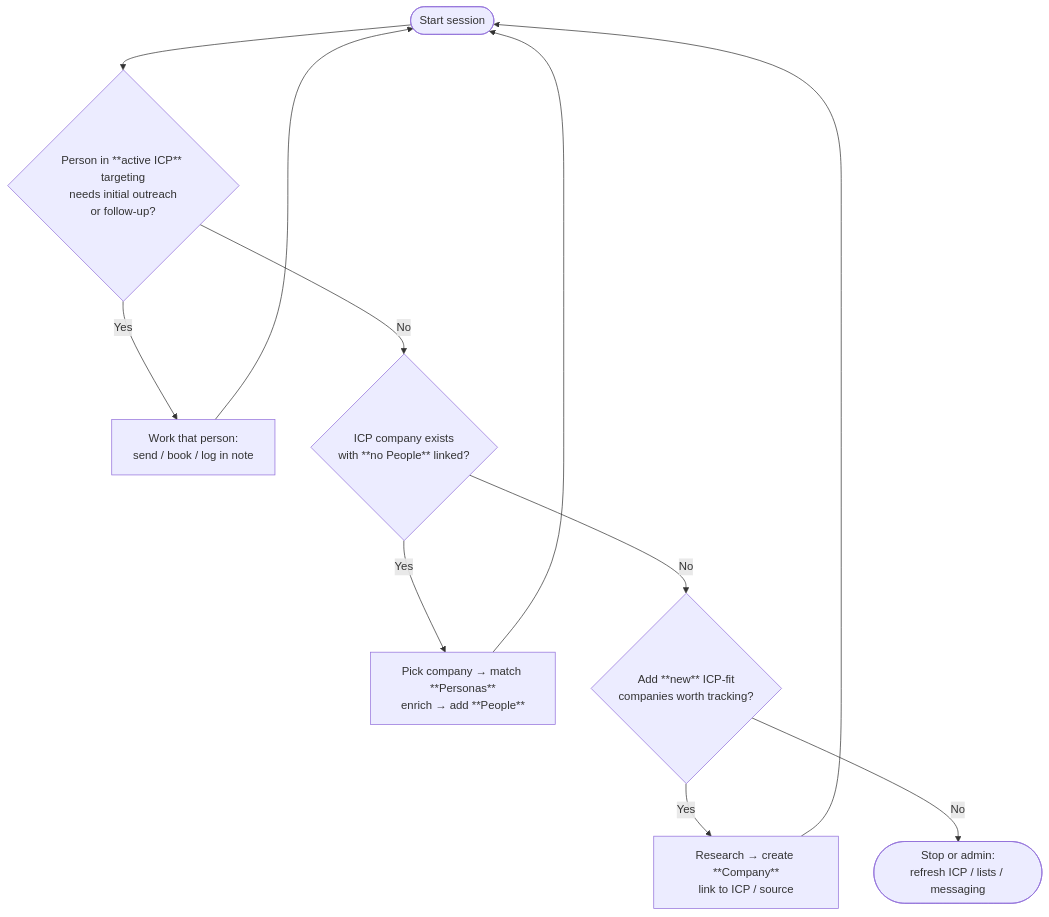
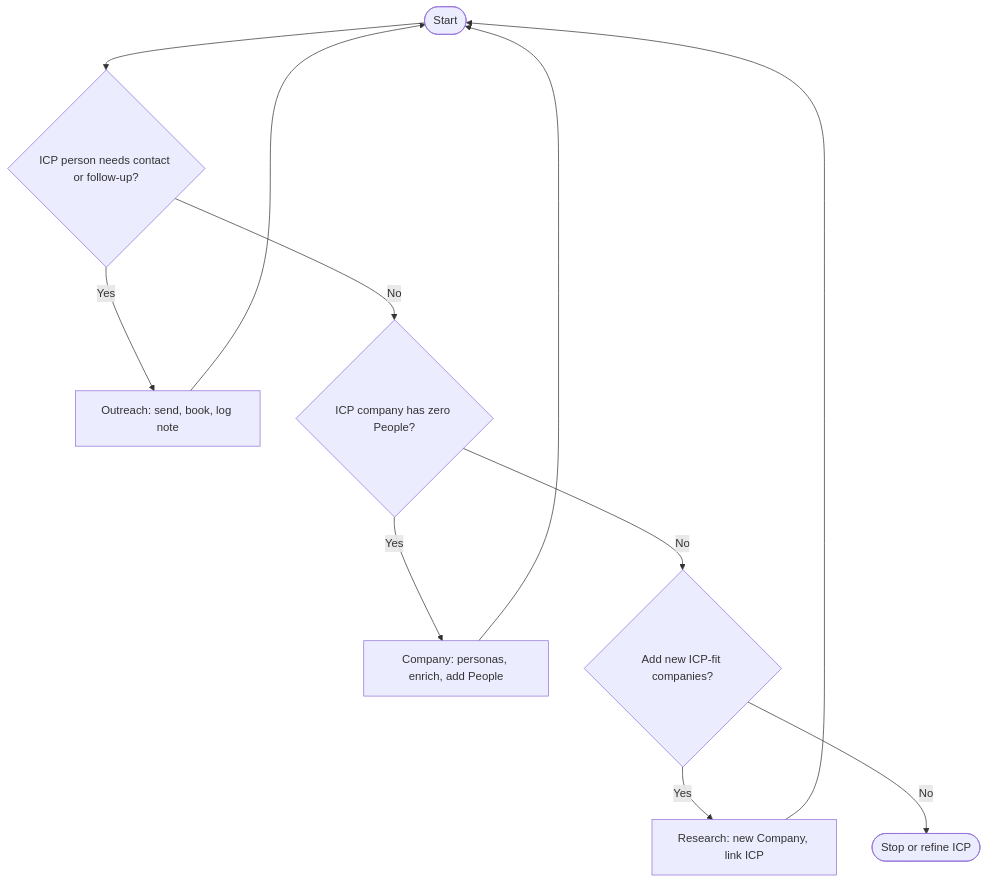
Before and after one commit to ralfboltshauser/sales-agent-obsidian-notes: the diagram in .notes/sales/meeting-booking-workflow.md, drawn with Mermaid. The commit also changed other lines of this file, not shown here.

Commit message:
docs: simplify meeting-booking mermaid and add text loop

````diff
--- a/.notes/sales/meeting-booking-workflow.md
+++ b/.notes/sales/meeting-booking-workflow.md
@@ -9,21 +20,14 @@
 ```mermaid
-flowchart TD
-  START([Start session]) --> P
-
-  P{Person in **active ICP** targeting<br/>needs initial outreach<br/>or follow-up?}
-
-  P -->|Yes| DO_P[Work that person:<br/>send / book / log in note]
-  DO_P --> START
-
-  P -->|No| C{ICP company exists<br/>with **no People** linked?}
-
-  C -->|Yes| DO_C[Pick company → match **Personas**<br/>enrich → add **People**]
-  DO_C --> START
-
-  C -->|No| R{Add **new** ICP-fit<br/>companies worth tracking?}
-
-  R -->|Yes| DO_R[Research → create **Company**<br/>link to ICP / source]
-  DO_R --> START
-
-  R -->|No| END([Stop or admin:<br/>refresh ICP / lists / messaging])
+flowchart TB
+  S([Start])
+  S --> Q1{ICP person needs contact or follow-up?}
+  Q1 -->|Yes| A1[Outreach: send, book, log note]
+  A1 --> S
+  Q1 -->|No| Q2{ICP company has zero People?}
+  Q2 -->|Yes| A2[Company: personas, enrich, add People]
+  A2 --> S
+  Q2 -->|No| Q3{Add new ICP-fit companies?}
+  Q3 -->|Yes| A3[Research: new Company, link ICP]
+  A3 --> S
+  Q3 -->|No| Z([Stop or refine ICP])
 ```
````
